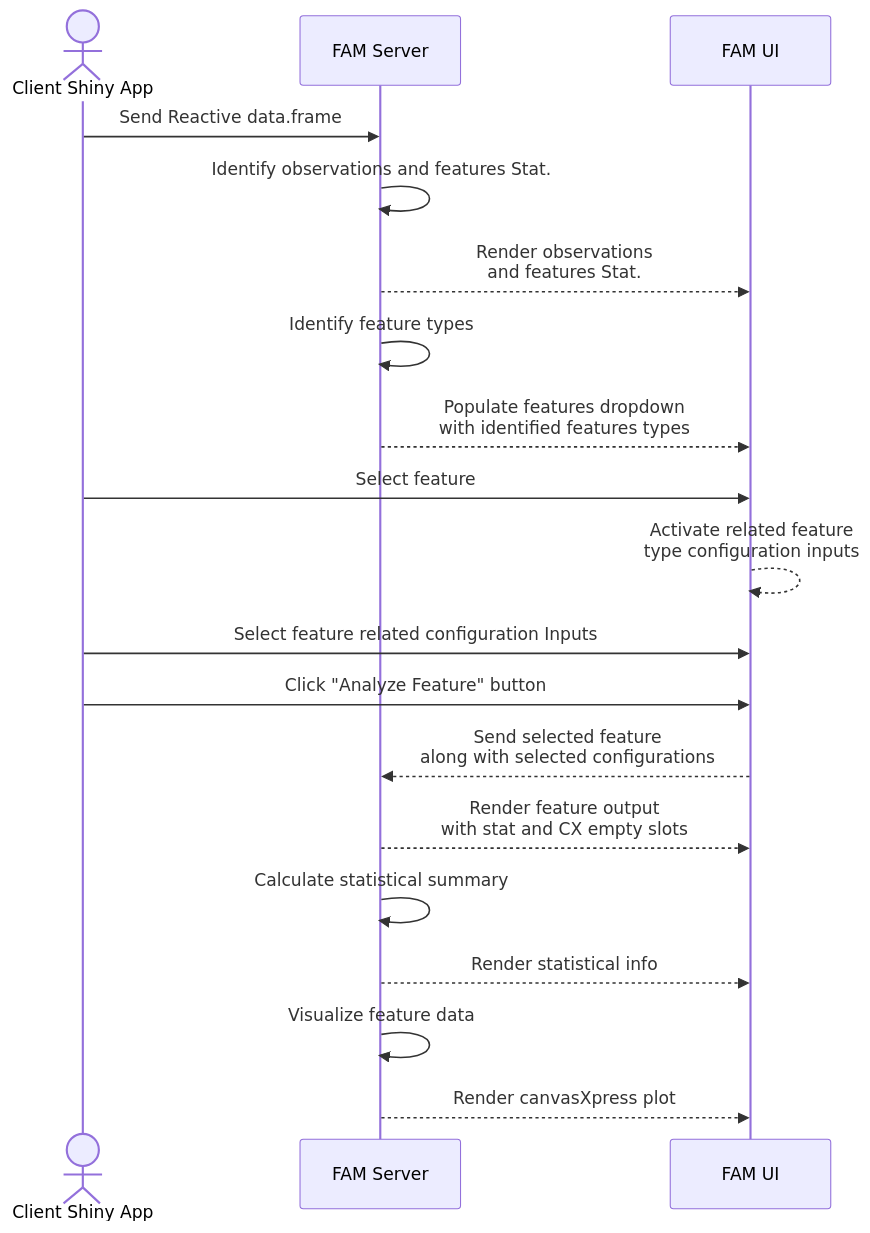
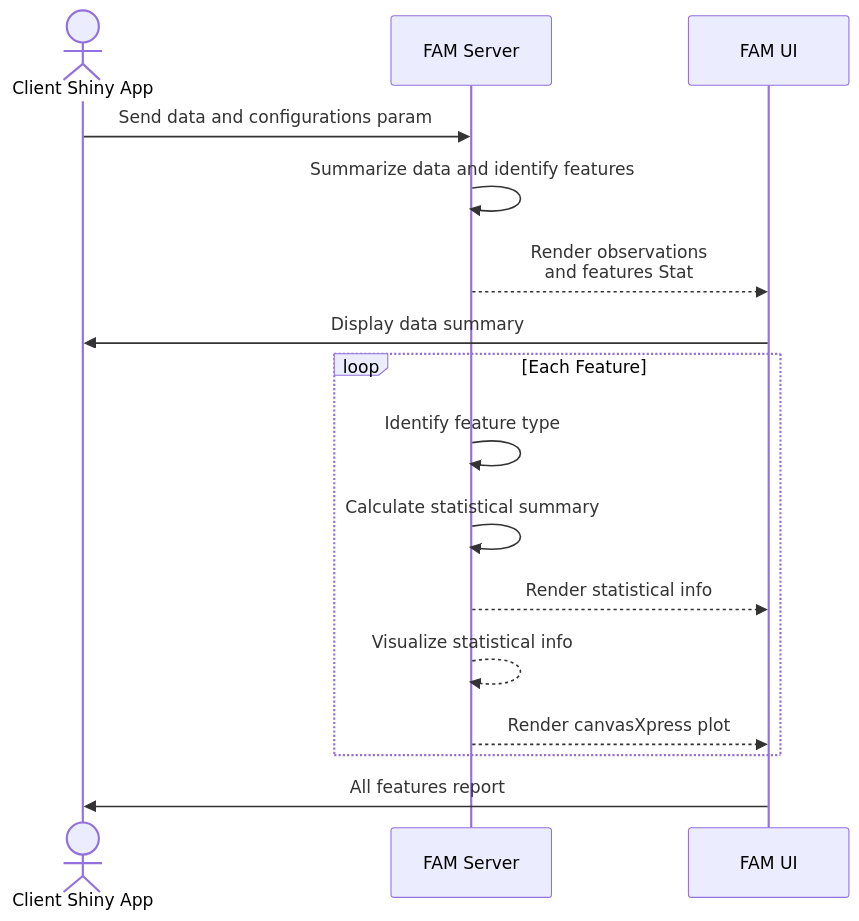
Before and after one commit to MohammedFCIS/periscope2-book: the eighth of 8 diagrams in statistics_shiny_modules.qmd, drawn with Mermaid. The commit also changed other lines of this file, not shown here.

Commit message:
- Added module summary section

````diff
--- a/statistics_shiny_modules.qmd
+++ b/statistics_shiny_modules.qmd
@@ -738,28 +738,25 @@
 ```{mermaid}
 %%| fig-cap: "FAM Usage Sequence Diagram"
 %%| fig-width: 5.2
 %%| label: fig-2_12
 %%| fig-cap-location: top
 
 sequenceDiagram
   actor CSA as Client Shiny App
   participant FAMS as FAM Server
   participant FAMU as FAM UI
   
-  CSA  ->>  FAMS: Send Reactive data.frame
-  FAMS ->>  FAMS: Identify observations and features Stat.
-  FAMS -->> FAMU: Render observations <br/> and features Stat.
-  FAMS ->>  FAMS: Identify feature types
-  FAMS -->> FAMU: Populate features dropdown <br/> with identified features types
-  CSA  ->>  FAMU: Select feature
-  FAMU -->> FAMU: Activate related feature <br/> type configuration inputs
-  CSA  ->>  FAMU: Select feature related configuration Inputs
-  CSA  ->>  FAMU: Click "Analyze Feature" button
-  FAMU -->> FAMS: Send selected feature <br/> along with selected configurations
-  FAMS -->> FAMU: Render feature output <br/> with stat and CX empty slots
-  FAMS ->>  FAMS: Calculate statistical summary
-  FAMS -->> FAMU: Render statistical info
-  FAMS ->>  FAMS: Visualize feature data
-  FAMS -->> FAMU: Render canvasXpress plot
+  CSA  ->>  FAMS: Send data and configurations param
+  FAMS ->>  FAMS: Summarize data and identify features
+  FAMS -->> FAMU: Render observations <br/> and features Stat
+  FAMU ->> CSA: Display data summary
+  loop Each Feature
+      FAMS ->>  FAMS: Identify feature type
+      FAMS ->>  FAMS: Calculate statistical summary
+      FAMS -->> FAMU: Render statistical info
+      FAMS -->> FAMS: Visualize statistical info
+      FAMS -->> FAMU: Render canvasXpress plot
+  end
+  FAMU ->> CSA: All features report
   
 ```
````
